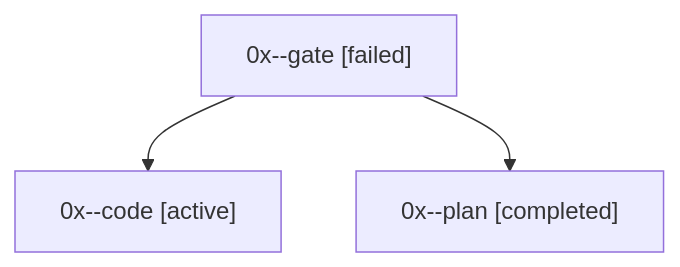
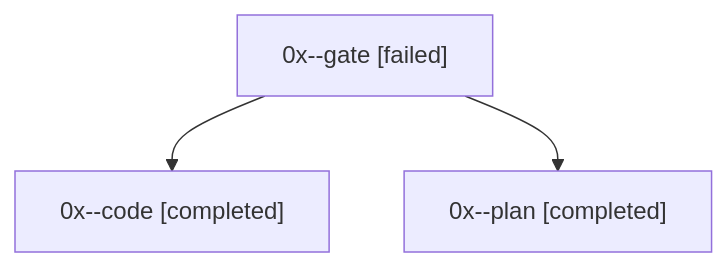
One commit to bobs-org/bob-cli--agents changed the diagram in sessions/bbugyi200.kellys_mbp.0x.md. Above: the diagram before and after it, drawn with Mermaid. The commit also changed other lines of this file and 25 other files, not shown here.

````diff
--- a/sessions/bbugyi200.kellys_mbp.0x.md
+++ b/sessions/bbugyi200.kellys_mbp.0x.md
@@ -9,8 +9,8 @@
 ```mermaid
 flowchart TD
   n0["0x--gate [failed]"]
-  n1["0x--code [active]"]
+  n1["0x--code [completed]"]
   n0 --> n1
   n2["0x--plan [completed]"]
   n0 --> n2
 ```
````
